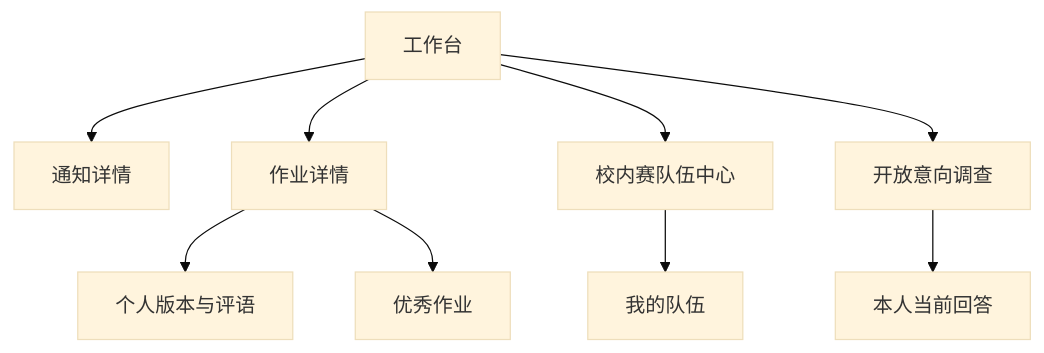
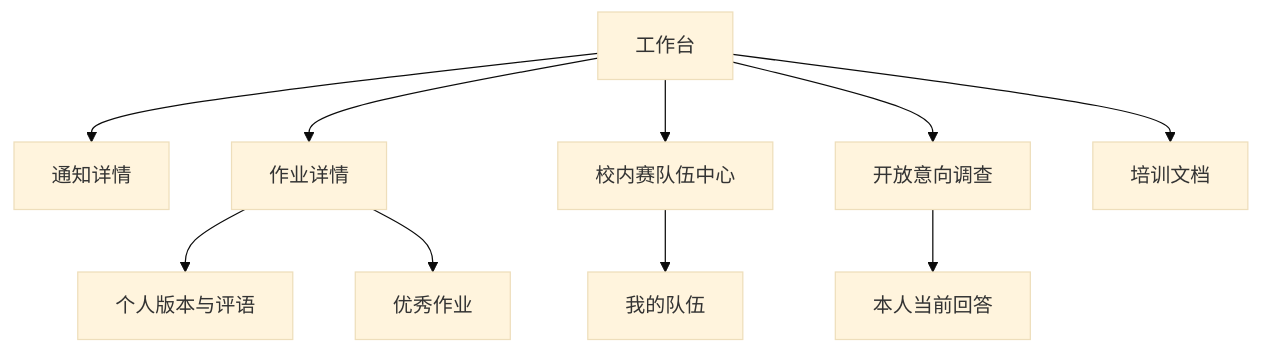
One commit to CosmosMount/homework_system changed the diagram in .agents/docs/02-information-architecture.md. Above: the diagram before and after it, drawn with Mermaid (base theme). The commit also changed other lines of this file and 23 other files, not shown here.

````diff
--- a/.agents/docs/02-information-architecture.md
+++ b/.agents/docs/02-information-architecture.md
@@ -74,11 +76,12 @@
 ```mermaid
 flowchart TD
     Dashboard[工作台] --> Announcement[通知详情]
     Dashboard --> Assignment[作业详情]
     Dashboard --> Competition[校内赛队伍中心]
     Dashboard --> Intention[开放意向调查]
+    Dashboard --> Knowledge[培训文档]
     Assignment --> Submission[个人版本与评语]
     Competition --> Team[我的队伍]
     Intention --> Response[本人当前回答]
     Assignment --> ExcellentWork[优秀作业]
 ```
````
